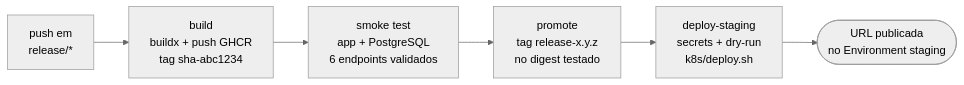
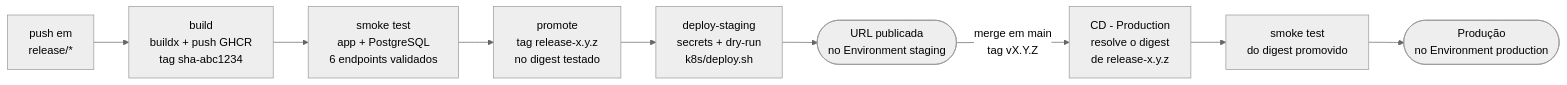
The diagram in docs/solucao-e-arquitetura.md (iuriian/tech-challenge-app), drawn with Mermaid (neutral theme) before and after one commit. The commit also changed other lines of this file and 4 other files, not shown here.

Commit message:
chore(docs): Documentation of the production pipeline and correction of the environment secret types

````diff
--- a/docs/solucao-e-arquitetura.md
+++ b/docs/solucao-e-arquitetura.md
@@ -180,8 +180,11 @@
 ```mermaid
 flowchart LR
     A["push em<br/>release/*"] --> B["build<br/>buildx + push GHCR<br/>tag sha-abc1234"]
     B --> C["smoke test<br/>app + PostgreSQL<br/>6 endpoints validados"]
     C --> D["promote<br/>tag release-x.y.z<br/>no digest testado"]
     D --> E["deploy-staging<br/>secrets + dry-run<br/>k8s/deploy.sh"]
     E --> F(["URL publicada<br/>no Environment staging"])
+    F -->|"merge em main<br/>tag vX.Y.Z"| G["CD - Production<br/>resolve o digest<br/>de release-x.y.z"]
+    G --> H["smoke test<br/>do digest promovido"]
+    H --> I(["Produção<br/>no Environment production"])
 ```
````
